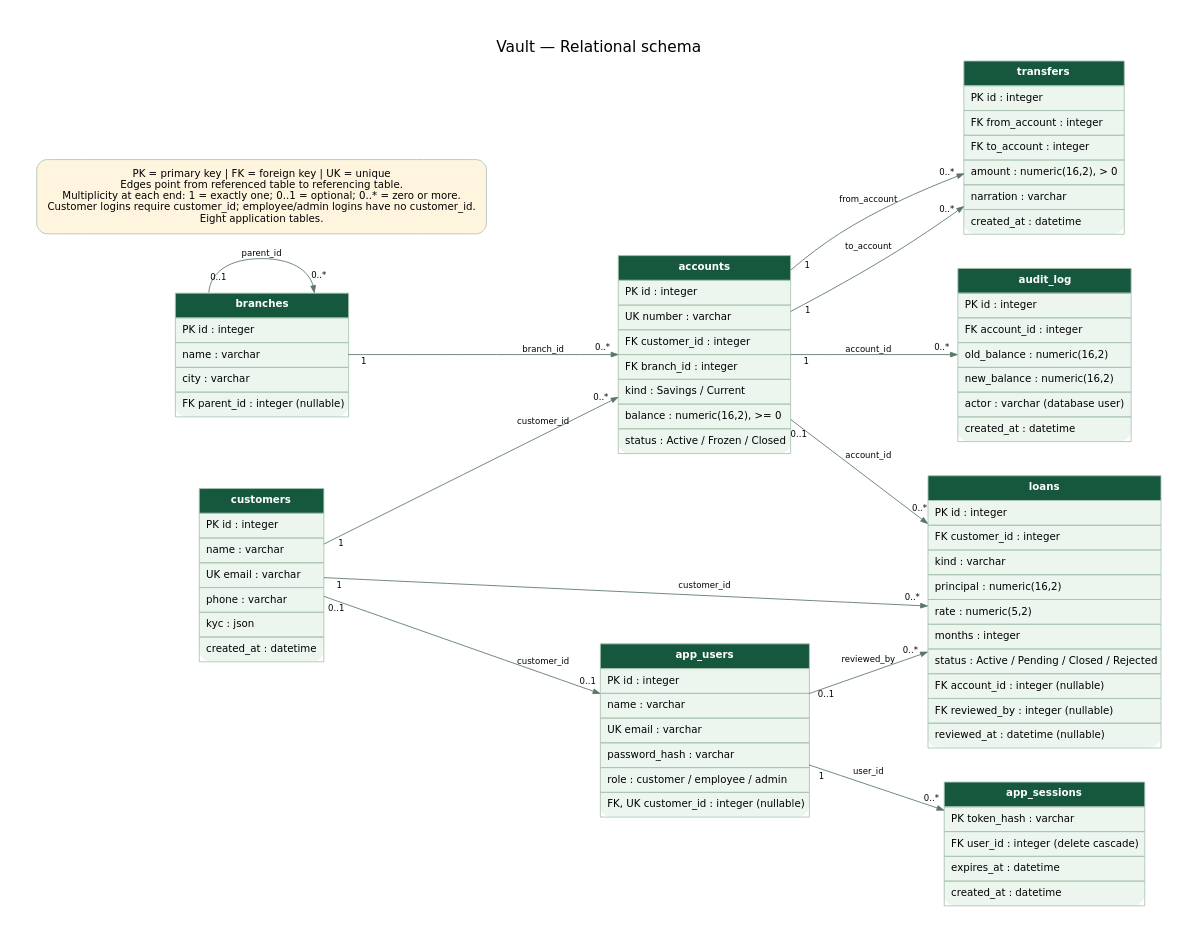
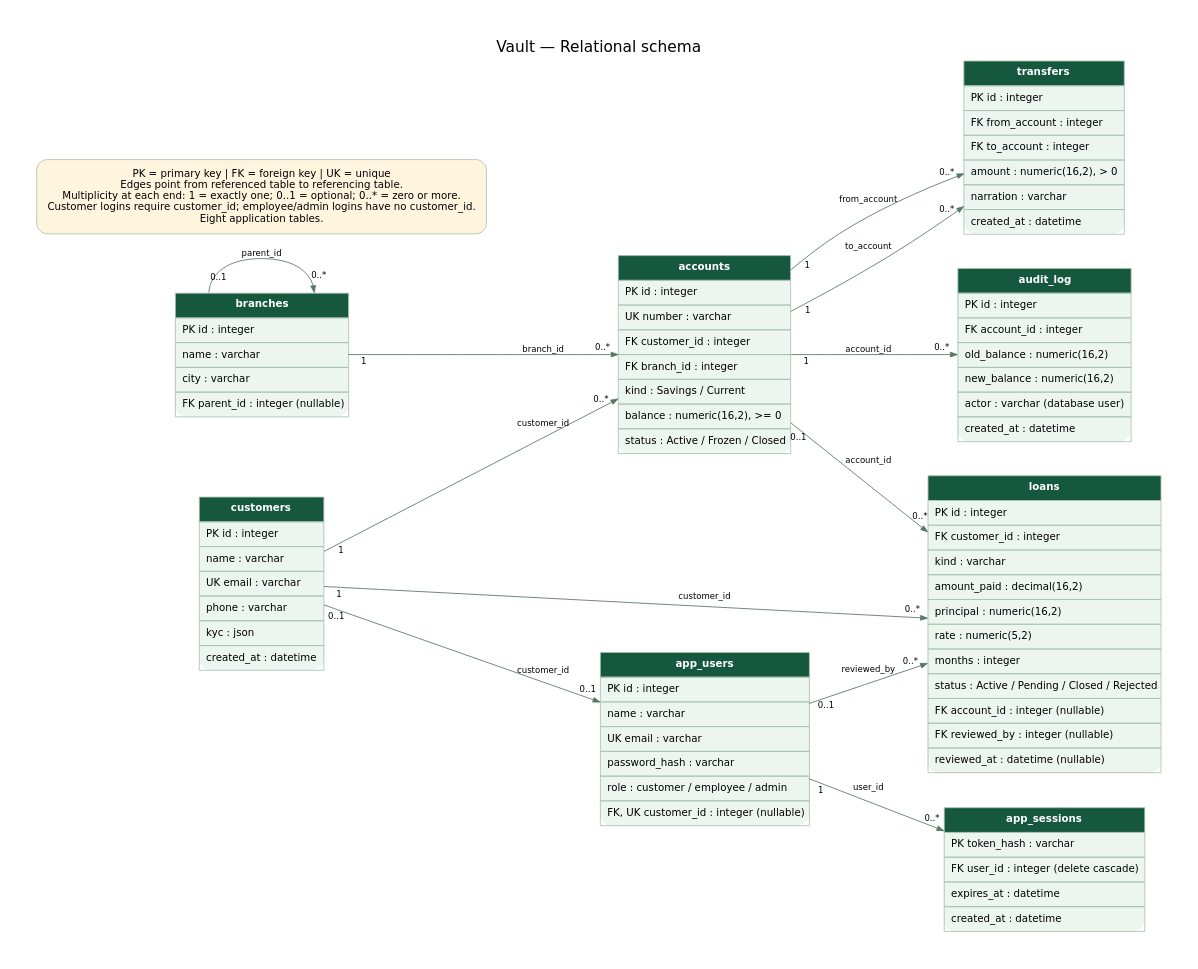
One commit to Rohit-Pujari/Core-Banking-System changed the diagram in diagrams/10-relational-schema.dot. Above: the diagram before and after it, drawn with Graphviz. The commit also changed 12 other files, not shown here.

```diff
--- a/diagrams/10-relational-schema.dot
+++ b/diagrams/10-relational-schema.dot
@@ -1,23 +1,23 @@
 digraph G { graph [rankdir=LR, bgcolor="#ffffff", pad="0.5", nodesep="0.55", ranksep="1.0", fontname="DejaVu Sans", fontsize=18]; node [shape=box, style="rounded,filled", fillcolor="#edf5ef", color="#a8c4b0", fontname="DejaVu Sans", fontsize=12, margin="0.2,0.15"]; edge [color="#597766", fontname="DejaVu Sans", fontsize=10, arrowsize=0.8];
 graph [label="Vault — Relational schema", labelloc=t];
 branches [shape=plain, label=<<TABLE BORDER="0" CELLBORDER="1" CELLSPACING="0" CELLPADDING="7"><TR><TD BGCOLOR="#16583e"><FONT COLOR="white"><B>branches</B></FONT></TD></TR><TR><TD ALIGN="LEFT">PK id : integer</TD></TR><TR><TD ALIGN="LEFT">name : varchar</TD></TR><TR><TD ALIGN="LEFT">city : varchar</TD></TR><TR><TD ALIGN="LEFT">FK parent_id : integer (nullable)</TD></TR></TABLE>>];
 customers [shape=plain, label=<<TABLE BORDER="0" CELLBORDER="1" CELLSPACING="0" CELLPADDING="7"><TR><TD BGCOLOR="#16583e"><FONT COLOR="white"><B>customers</B></FONT></TD></TR><TR><TD ALIGN="LEFT">PK id : integer</TD></TR><TR><TD ALIGN="LEFT">name : varchar</TD></TR><TR><TD ALIGN="LEFT">UK email : varchar</TD></TR><TR><TD ALIGN="LEFT">phone : varchar</TD></TR><TR><TD ALIGN="LEFT">kyc : json</TD></TR><TR><TD ALIGN="LEFT">created_at : datetime</TD></TR></TABLE>>];
 accounts [shape=plain, label=<<TABLE BORDER="0" CELLBORDER="1" CELLSPACING="0" CELLPADDING="7"><TR><TD BGCOLOR="#16583e"><FONT COLOR="white"><B>accounts</B></FONT></TD></TR><TR><TD ALIGN="LEFT">PK id : integer</TD></TR><TR><TD ALIGN="LEFT">UK number : varchar</TD></TR><TR><TD ALIGN="LEFT">FK customer_id : integer</TD></TR><TR><TD ALIGN="LEFT">FK branch_id : integer</TD></TR><TR><TD ALIGN="LEFT">kind : Savings / Current</TD></TR><TR><TD ALIGN="LEFT">balance : numeric(16,2), &gt;= 0</TD></TR><TR><TD ALIGN="LEFT">status : Active / Frozen / Closed</TD></TR></TABLE>>];
 transfers [shape=plain, label=<<TABLE BORDER="0" CELLBORDER="1" CELLSPACING="0" CELLPADDING="7"><TR><TD BGCOLOR="#16583e"><FONT COLOR="white"><B>transfers</B></FONT></TD></TR><TR><TD ALIGN="LEFT">PK id : integer</TD></TR><TR><TD ALIGN="LEFT">FK from_account : integer</TD></TR><TR><TD ALIGN="LEFT">FK to_account : integer</TD></TR><TR><TD ALIGN="LEFT">amount : numeric(16,2), &gt; 0</TD></TR><TR><TD ALIGN="LEFT">narration : varchar</TD></TR><TR><TD ALIGN="LEFT">created_at : datetime</TD></TR></TABLE>>];
 audit_log [shape=plain, label=<<TABLE BORDER="0" CELLBORDER="1" CELLSPACING="0" CELLPADDING="7"><TR><TD BGCOLOR="#16583e"><FONT COLOR="white"><B>audit_log</B></FONT></TD></TR><TR><TD ALIGN="LEFT">PK id : integer</TD></TR><TR><TD ALIGN="LEFT">FK account_id : integer</TD></TR><TR><TD ALIGN="LEFT">old_balance : numeric(16,2)</TD></TR><TR><TD ALIGN="LEFT">new_balance : numeric(16,2)</TD></TR><TR><TD ALIGN="LEFT">actor : varchar (database user)</TD></TR><TR><TD ALIGN="LEFT">created_at : datetime</TD></TR></TABLE>>];
-loans [shape=plain, label=<<TABLE BORDER="0" CELLBORDER="1" CELLSPACING="0" CELLPADDING="7"><TR><TD BGCOLOR="#16583e"><FONT COLOR="white"><B>loans</B></FONT></TD></TR><TR><TD ALIGN="LEFT">PK id : integer</TD></TR><TR><TD ALIGN="LEFT">FK customer_id : integer</TD></TR><TR><TD ALIGN="LEFT">kind : varchar</TD></TR><TR><TD ALIGN="LEFT">principal : numeric(16,2)</TD></TR><TR><TD ALIGN="LEFT">rate : numeric(5,2)</TD></TR><TR><TD ALIGN="LEFT">months : integer</TD></TR><TR><TD ALIGN="LEFT">status : Active / Pending / Closed / Rejected</TD></TR><TR><TD ALIGN="LEFT">FK account_id : integer (nullable)</TD></TR><TR><TD ALIGN="LEFT">FK reviewed_by : integer (nullable)</TD></TR><TR><TD ALIGN="LEFT">reviewed_at : datetime (nullable)</TD></TR></TABLE>>];
+loans [shape=plain, label=<<TABLE BORDER="0" CELLBORDER="1" CELLSPACING="0" CELLPADDING="7"><TR><TD BGCOLOR="#16583e"><FONT COLOR="white"><B>loans</B></FONT></TD></TR><TR><TD ALIGN="LEFT">PK id : integer</TD></TR><TR><TD ALIGN="LEFT">FK customer_id : integer</TD></TR><TR><TD ALIGN="LEFT">kind : varchar</TD></TR><TR><TD ALIGN="LEFT">amount_paid : decimal(16,2)</TD></TR><TR><TD ALIGN="LEFT">principal : numeric(16,2)</TD></TR><TR><TD ALIGN="LEFT">rate : numeric(5,2)</TD></TR><TR><TD ALIGN="LEFT">months : integer</TD></TR><TR><TD ALIGN="LEFT">status : Active / Pending / Closed / Rejected</TD></TR><TR><TD ALIGN="LEFT">FK account_id : integer (nullable)</TD></TR><TR><TD ALIGN="LEFT">FK reviewed_by : integer (nullable)</TD></TR><TR><TD ALIGN="LEFT">reviewed_at : datetime (nullable)</TD></TR></TABLE>>];
 app_users [shape=plain, label=<<TABLE BORDER="0" CELLBORDER="1" CELLSPACING="0" CELLPADDING="7"><TR><TD BGCOLOR="#16583e"><FONT COLOR="white"><B>app_users</B></FONT></TD></TR><TR><TD ALIGN="LEFT">PK id : integer</TD></TR><TR><TD ALIGN="LEFT">name : varchar</TD></TR><TR><TD ALIGN="LEFT">UK email : varchar</TD></TR><TR><TD ALIGN="LEFT">password_hash : varchar</TD></TR><TR><TD ALIGN="LEFT">role : customer / employee / admin</TD></TR><TR><TD ALIGN="LEFT">FK, UK customer_id : integer (nullable)</TD></TR></TABLE>>];
 app_sessions [shape=plain, label=<<TABLE BORDER="0" CELLBORDER="1" CELLSPACING="0" CELLPADDING="7"><TR><TD BGCOLOR="#16583e"><FONT COLOR="white"><B>app_sessions</B></FONT></TD></TR><TR><TD ALIGN="LEFT">PK token_hash : varchar</TD></TR><TR><TD ALIGN="LEFT">FK user_id : integer (delete cascade)</TD></TR><TR><TD ALIGN="LEFT">expires_at : datetime</TD></TR><TR><TD ALIGN="LEFT">created_at : datetime</TD></TR></TABLE>>];
 branches -> branches [label="parent_id", taillabel="0..1", headlabel="0..*", labeldistance=2];
 branches -> accounts [label="branch_id", taillabel="1", headlabel="0..*", labeldistance=2];
 customers -> accounts [label="customer_id", taillabel="1", headlabel="0..*", labeldistance=2];
 accounts -> loans [label="account_id", taillabel="0..1", headlabel="0..*", labeldistance=2];
 customers -> loans [label="customer_id", taillabel="1", headlabel="0..*", labeldistance=2];
 accounts -> transfers [label="from_account", taillabel="1", headlabel="0..*", labeldistance=2];
 accounts -> transfers [label="to_account", taillabel="1", headlabel="0..*", labeldistance=2];
 accounts -> audit_log [label="account_id", taillabel="1", headlabel="0..*", labeldistance=2];
 customers -> app_users [label="customer_id", taillabel="0..1", headlabel="0..1", labeldistance=2];
 app_users -> loans [label="reviewed_by", taillabel="0..1", headlabel="0..*", labeldistance=2];
 app_users -> app_sessions [label="user_id", taillabel="1", headlabel="0..*", labeldistance=2];
 legend [fillcolor="#fff5df", label="PK = primary key | FK = foreign key | UK = unique\nEdges point from referenced table to referencing table.\nMultiplicity at each end: 1 = exactly one; 0..1 = optional; 0..* = zero or more.\nCustomer logins require customer_id; employee/admin logins have no customer_id.\nEight application tables."];
 }
```
